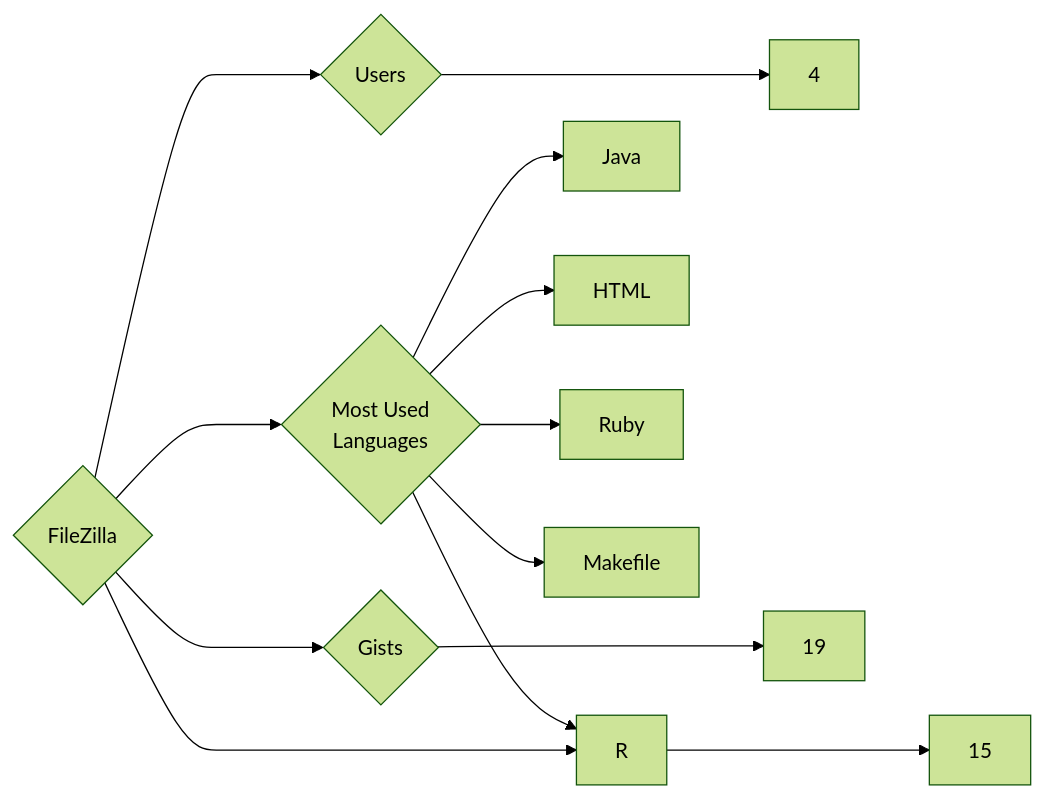
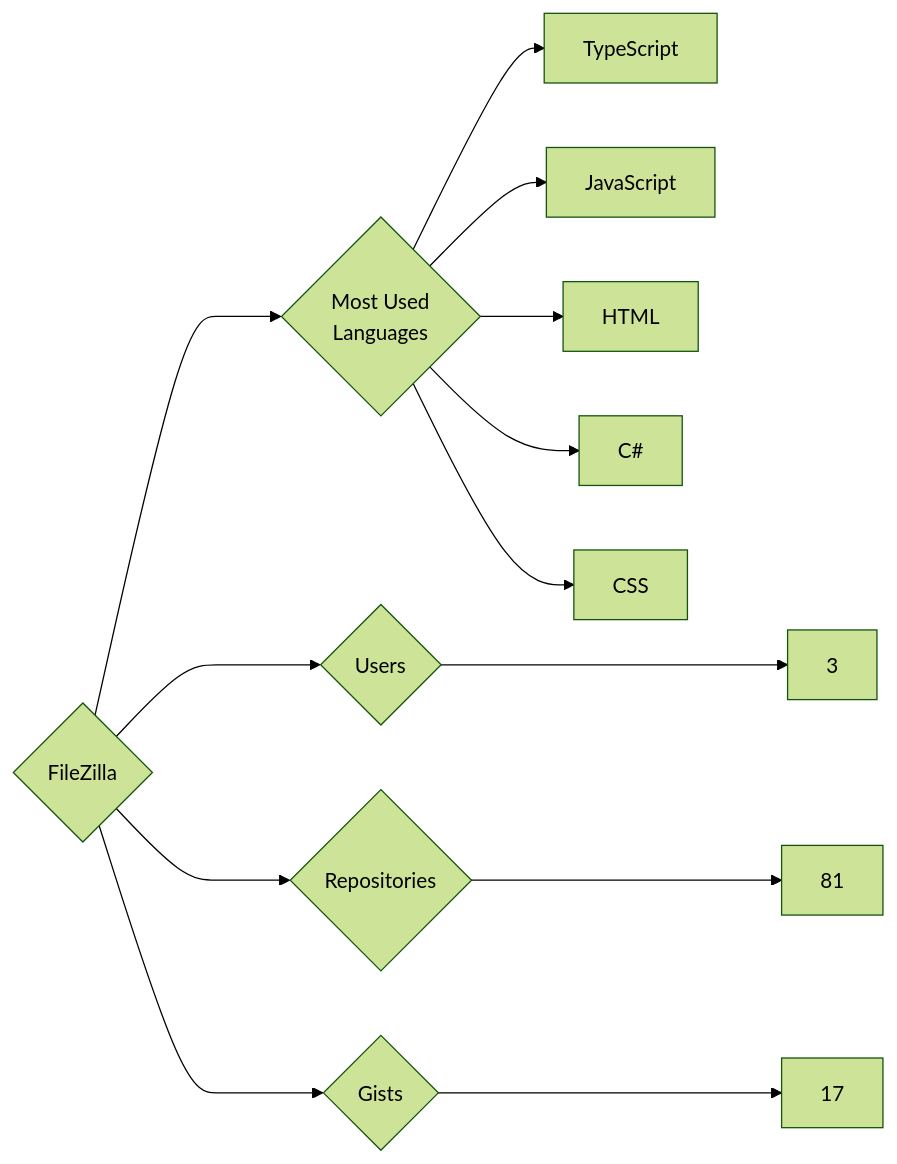
Before and after one commit to trickest/insiders: the diagram in targets/FileZilla/README.md, drawn with Mermaid (forest theme). The commit also changed 1030 other files, not shown here.

````diff
--- a/targets/FileZilla/README.md
+++ b/targets/FileZilla/README.md
@@ -3,13 +3,13 @@
 ```mermaid
 graph LR
 COMPANY_NAME{FileZilla}
-COMPANY_NAME ---> U{Users} ---> UN[4]
-COMPANY_NAME ---> R{Repositories} ---> RN[15]
-COMPANY_NAME ---> G{Gists} ---> GN[19]
+COMPANY_NAME ---> U{Users} ---> UN[3]
+COMPANY_NAME ---> R{Repositories} ---> RN[81]
+COMPANY_NAME ---> G{Gists} ---> GN[17]
 COMPANY_NAME ---> ML{Most Used<br>Languages}
-ML --> Java[Java]
-ML --> R[R]
+ML --> TypeScript[TypeScript]
+ML --> JavaScript[JavaScript]
 ML --> HTML[HTML]
-ML --> Ruby[Ruby]
-ML --> Makefile[Makefile]
+ML --> C#[C#]
+ML --> CSS[CSS]
 ```
````
